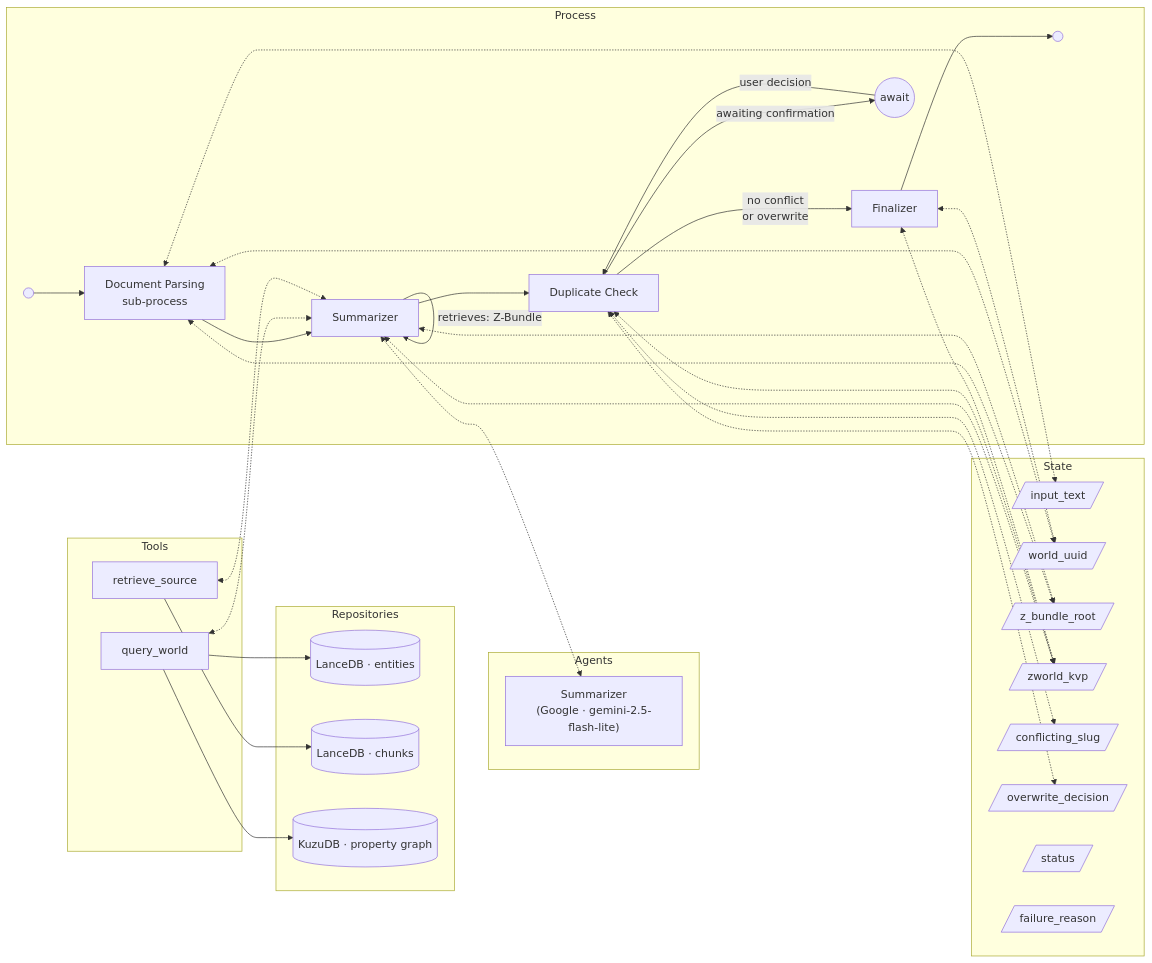
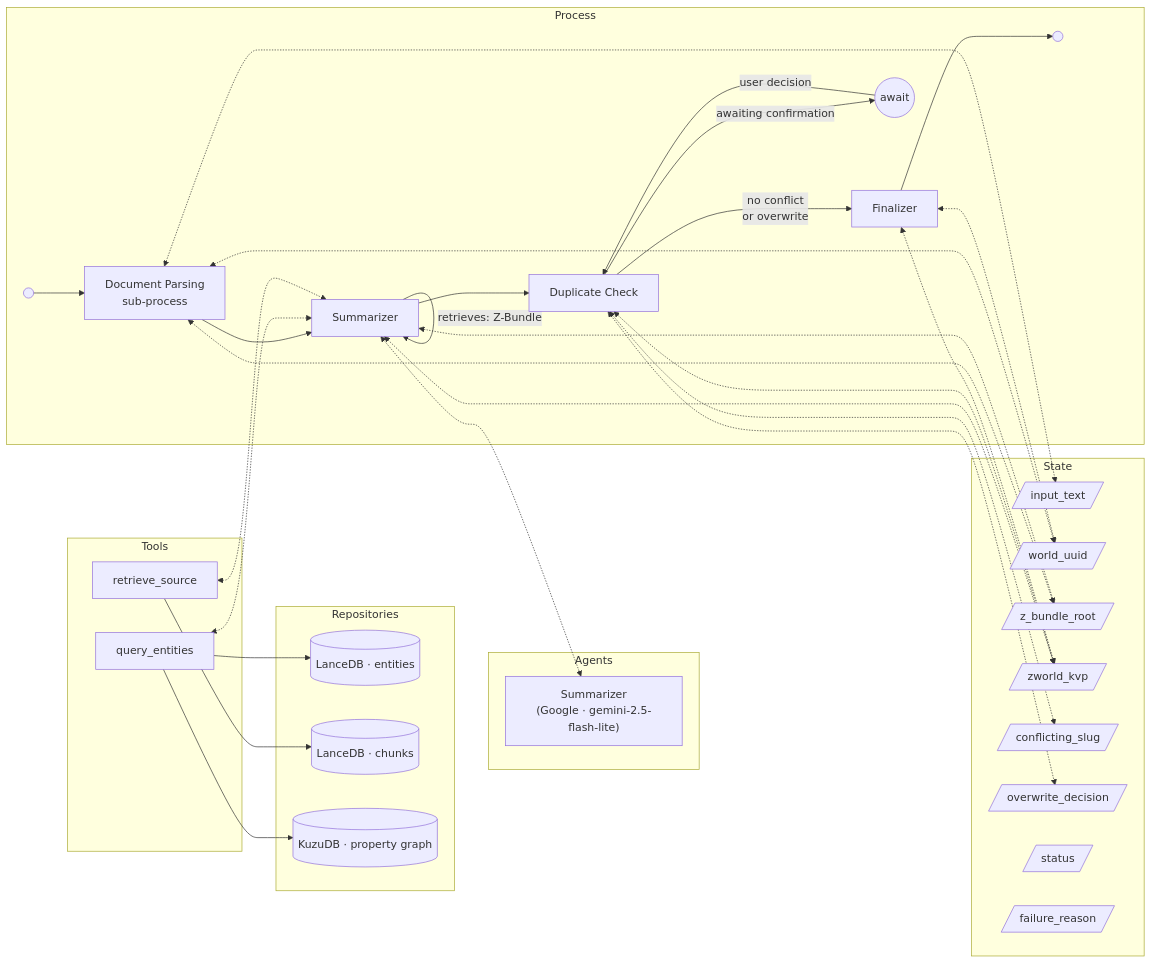
The diagram in docs/World Generation.md (peterbaileyct/zforge), drawn with Mermaid before and after one commit. The commit also changed other lines of this file and 12 other files, not shown here.

````diff
--- a/docs/World Generation.md
+++ b/docs/World Generation.md
@@ -4,54 +4,54 @@
 ```mermaid
 flowchart LR
     subgraph Agents
         A_summarizer["Summarizer\n(Google · gemini-2.5-flash-lite)"]
     end
 
     subgraph State
         S_input_text[/"input_text"/]
         S_world_uuid[/"world_uuid"/]
         S_z_bundle_root[/"z_bundle_root"/]
         S_zworld_kvp[/"zworld_kvp"/]
         S_conflicting_slug[/"conflicting_slug"/]
         S_overwrite_decision[/"overwrite_decision"/]
         S_status[/"status"/]
         S_failure_reason[/"failure_reason"/]
     end
 
     subgraph Repositories
         R_entities[(LanceDB · entities)]
         R_chunks[(LanceDB · chunks)]
         R_graph[(KuzuDB · property graph)]
     end
 
     subgraph Tools
-        T_query_world[query_world] --> R_entities
-        T_query_world --> R_graph
+        T_query_entities[query_entities] --> R_entities
+        T_query_entities --> R_graph
         T_retrieve_source[retrieve_source] --> R_chunks
     end
 
     subgraph Process
         P_start(( )) --> P_doc_parsing["Document Parsing\nsub-process"]
         P_doc_parsing --> P_summarizer[Summarizer]
         P_summarizer -->|"retrieves: Z-Bundle"| P_summarizer
         P_summarizer --> P_dup_check[Duplicate Check]
         P_dup_check -->|"no conflict\nor overwrite"| P_finalizer[Finalizer]
         P_dup_check -->|"awaiting confirmation"| P_stop_await((await))
         P_stop_await -->|"user decision"| P_dup_check
         P_finalizer --> P_stop(( ))
     end
 
     P_doc_parsing <-.-> S_input_text
     P_doc_parsing <-.-> S_world_uuid
     P_doc_parsing <-.-> S_z_bundle_root
     P_summarizer <-.-> A_summarizer
     P_summarizer <-.-> S_z_bundle_root
     P_summarizer <-.-> S_zworld_kvp
     P_dup_check <-.-> S_zworld_kvp
     P_dup_check <-.-> S_conflicting_slug
     P_dup_check <-.-> S_overwrite_decision
     P_finalizer <-.-> S_zworld_kvp
     P_finalizer <-.-> S_world_uuid
-    T_query_world <-.-> P_summarizer
+    T_query_entities <-.-> P_summarizer
     T_retrieve_source <-.-> P_summarizer
 ```
````
